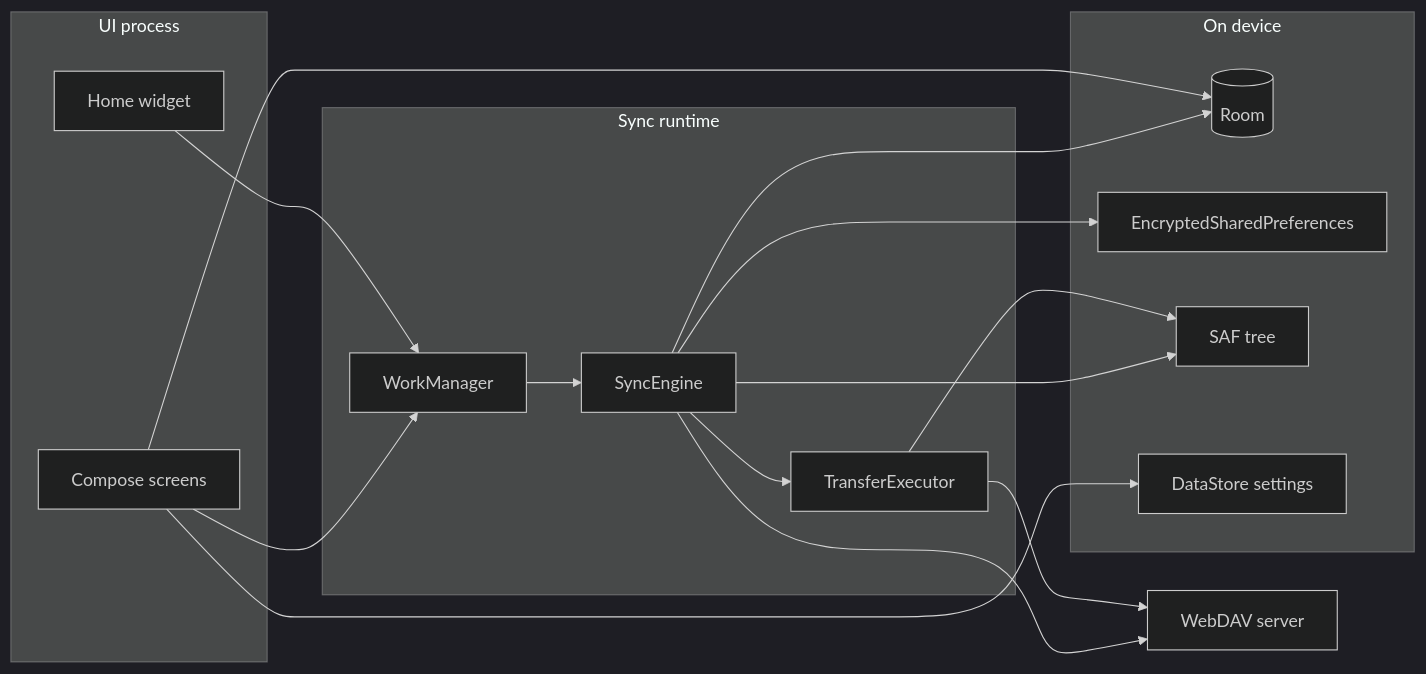
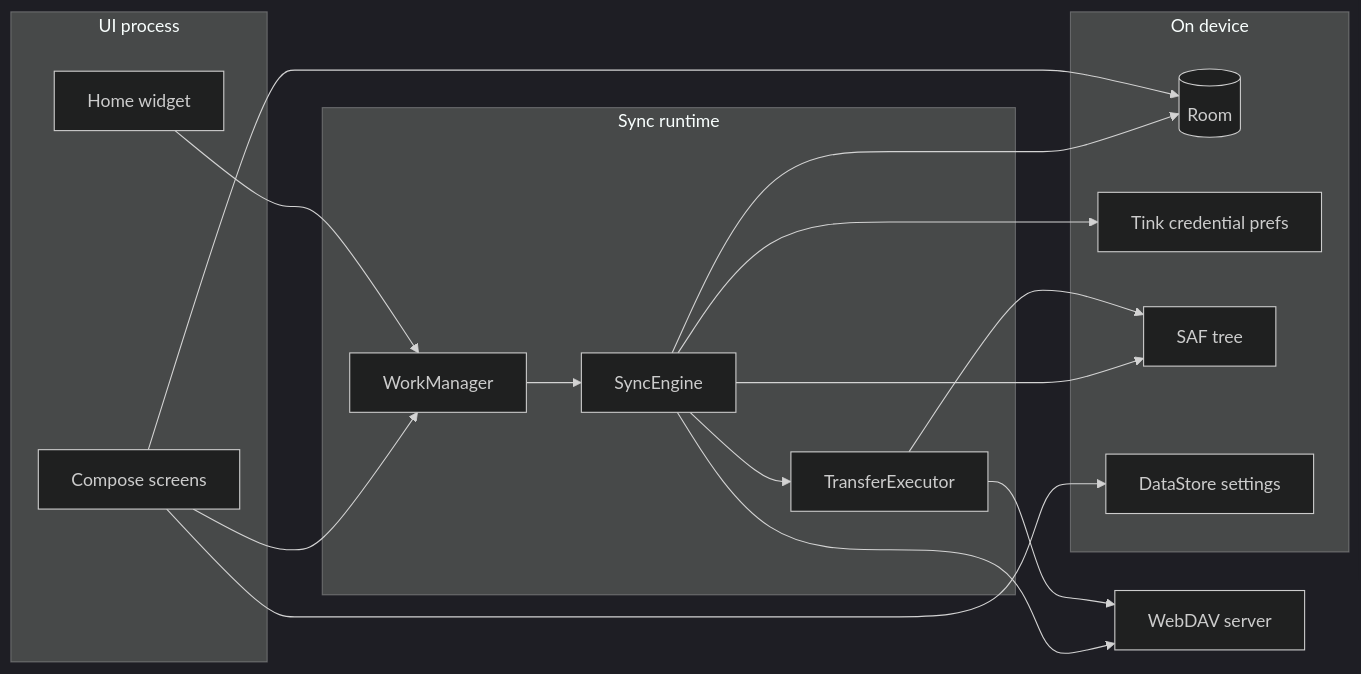
Before and after one commit to offsyanka99/WebDAV-sync: the first of 3 diagrams in doc/architecture.md, drawn with Mermaid (dark theme). The commit also changed other lines of this file and 166 other files, not shown here.

````diff
--- a/doc/architecture.md
+++ b/doc/architecture.md
@@ -16,31 +16,31 @@
 ```mermaid
 flowchart LR
     subgraph ui [UI process]
         Compose[Compose screens]
         Widget[Home widget]
     end
     subgraph runtime [Sync runtime]
         WM[WorkManager]
         Engine[SyncEngine]
         Exec[TransferExecutor]
     end
     subgraph storage [On device]
         Room[(Room)]
-        Enc[EncryptedSharedPreferences]
+        Enc[Tink credential prefs]
         SAF[SAF tree]
         DS[DataStore settings]
     end
     Server[WebDAV server]
     Compose --> WM
     Widget --> WM
     WM --> Engine
     Engine --> Exec
     Engine --> Room
     Engine --> SAF
     Engine --> Server
     Exec --> SAF
     Exec --> Server
     Compose --> Room
     Compose --> DS
     Engine --> Enc
 ```
````
